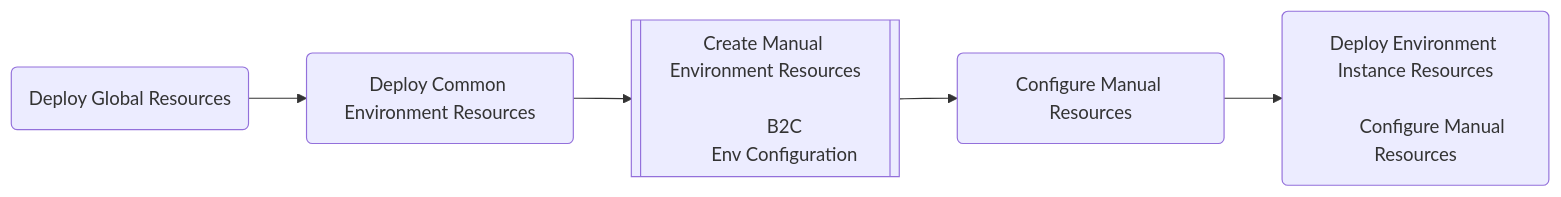
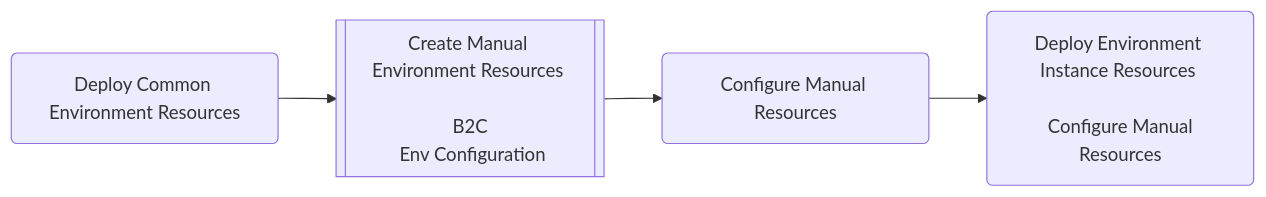
The second of 3 diagrams in deployment/design/environmentFlow.md (Miruken-Go/demo.microservice), drawn with Mermaid before and after one commit. The commit also changed other lines of this file, not shown here.

````diff
--- a/deployment/design/environmentFlow.md
+++ b/deployment/design/environmentFlow.md
@@ -3,26 +21,13 @@
 ```mermaid
 
 flowchart LR
-    A(Deploy Global Resources)
-    
     B(Deploy Common Environment Resources)
 
-    C[[
-        Create Manual Environment Resources
+    C[[Create Manual Environment Resources </br></br> B2C </br> Env Configuration]]
 
-        B2C
-        Env Configuration 
-    ]]
+    D(Configure Manual Resources)
 
-    D(
-        Configure Manual Resources
-    )
+    E(Deploy Environment Instance Resources </br></br> Configure Manual Resources)
 
-    E(
-        Deploy Environment Instance Resources
-    
-        Configure Manual Resources
-    )
-
-    A --> B --> C --> D --> E
+    B --> C --> D --> E
 ```
````
